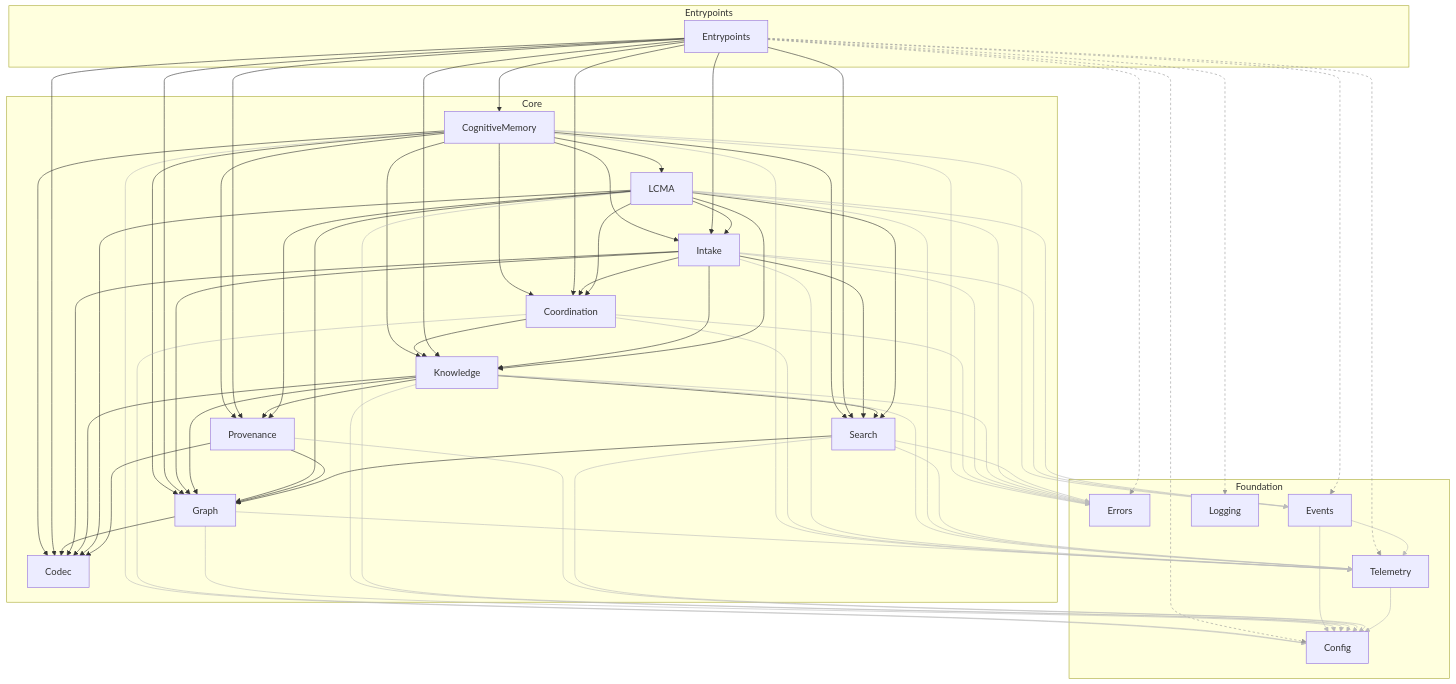
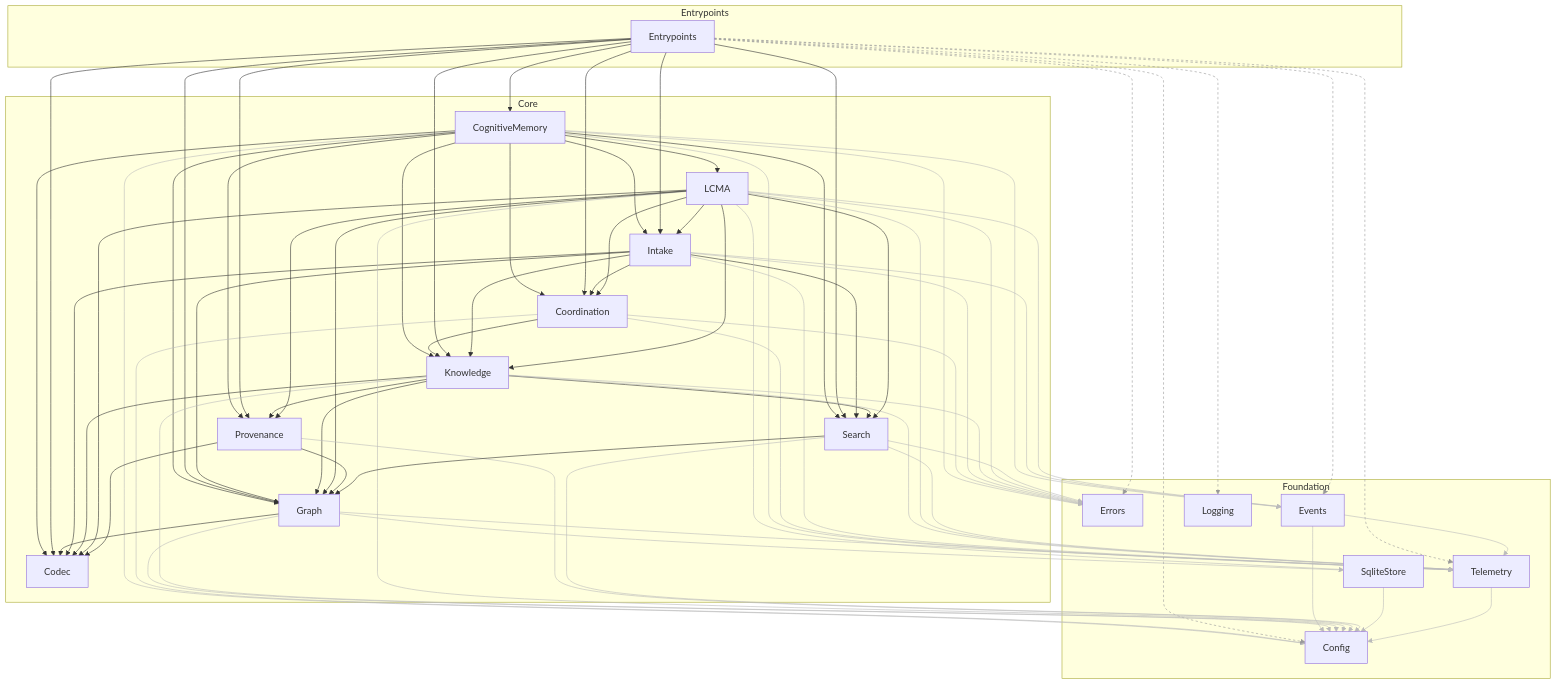
The diagram in docs/generated/architecture.md (agent-lore/lithos), drawn with Mermaid before and after one commit. The commit also changed 13 other files, not shown here.

First line of the commit message:
refactor: shared AsyncSqliteStore base for the edge + stats stores (PR6, task 971f8892) (#398)

````diff
--- a/docs/generated/architecture.md
+++ b/docs/generated/architecture.md
@@ -24,6 +24,7 @@
     Errors
     Events
     Logging
+    SqliteStore
     Telemetry
   end
   click Codec "components/Codec.md"
@@ -40,6 +41,7 @@
   click Logging "components/Logging.md"
   click Provenance "components/Provenance.md"
   click Search "components/Search.md"
+  click SqliteStore "components/SqliteStore.md"
   click Telemetry "components/Telemetry.md"
   CognitiveMemory --> Codec
   CognitiveMemory --> Config
@@ -74,6 +76,7 @@
   Events --> Telemetry
   Graph --> Codec
   Graph --> Config
+  Graph --> SqliteStore
   Graph --> Telemetry
   Intake --> Codec
   Intake --> Coordination
@@ -100,6 +103,7 @@
   LCMA --> Knowledge
   LCMA --> Provenance
   LCMA --> Search
+  LCMA --> SqliteStore
   LCMA --> Telemetry
   Provenance --> Codec
   Provenance --> Config
@@ -108,6 +112,7 @@
   Search --> Errors
   Search --> Graph
   Search --> Telemetry
+  SqliteStore --> Config
   Telemetry --> Config
   linkStyle 1 stroke:#bbb
   linkStyle 3 stroke:#bbb
@@ -125,19 +130,22 @@
   linkStyle 30 stroke:#bbb
   linkStyle 32 stroke:#bbb
   linkStyle 33 stroke:#bbb
-  linkStyle 36 stroke:#bbb
+  linkStyle 34 stroke:#bbb
   linkStyle 37 stroke:#bbb
-  linkStyle 41 stroke:#bbb
-  linkStyle 43 stroke:#bbb
+  linkStyle 38 stroke:#bbb
+  linkStyle 42 stroke:#bbb
   linkStyle 44 stroke:#bbb
-  linkStyle 48 stroke:#bbb
-  linkStyle 50 stroke:#bbb
-  linkStyle 52 stroke:#bbb
+  linkStyle 45 stroke:#bbb
+  linkStyle 49 stroke:#bbb
+  linkStyle 51 stroke:#bbb
   linkStyle 53 stroke:#bbb
-  linkStyle 59 stroke:#bbb
+  linkStyle 54 stroke:#bbb
+  linkStyle 60 stroke:#bbb
   linkStyle 61 stroke:#bbb
   linkStyle 63 stroke:#bbb
-  linkStyle 64 stroke:#bbb
+  linkStyle 65 stroke:#bbb
   linkStyle 66 stroke:#bbb
-  linkStyle 67 stroke:#bbb
+  linkStyle 68 stroke:#bbb
+  linkStyle 69 stroke:#bbb
+  linkStyle 70 stroke:#bbb
 ```
````
